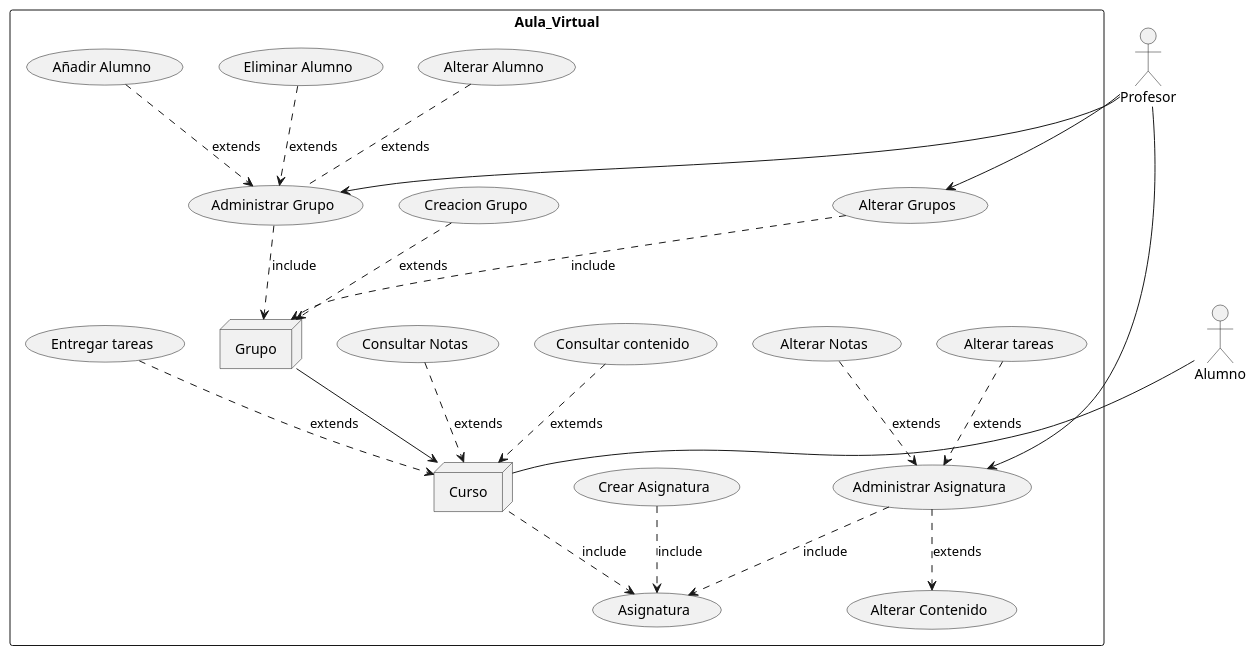
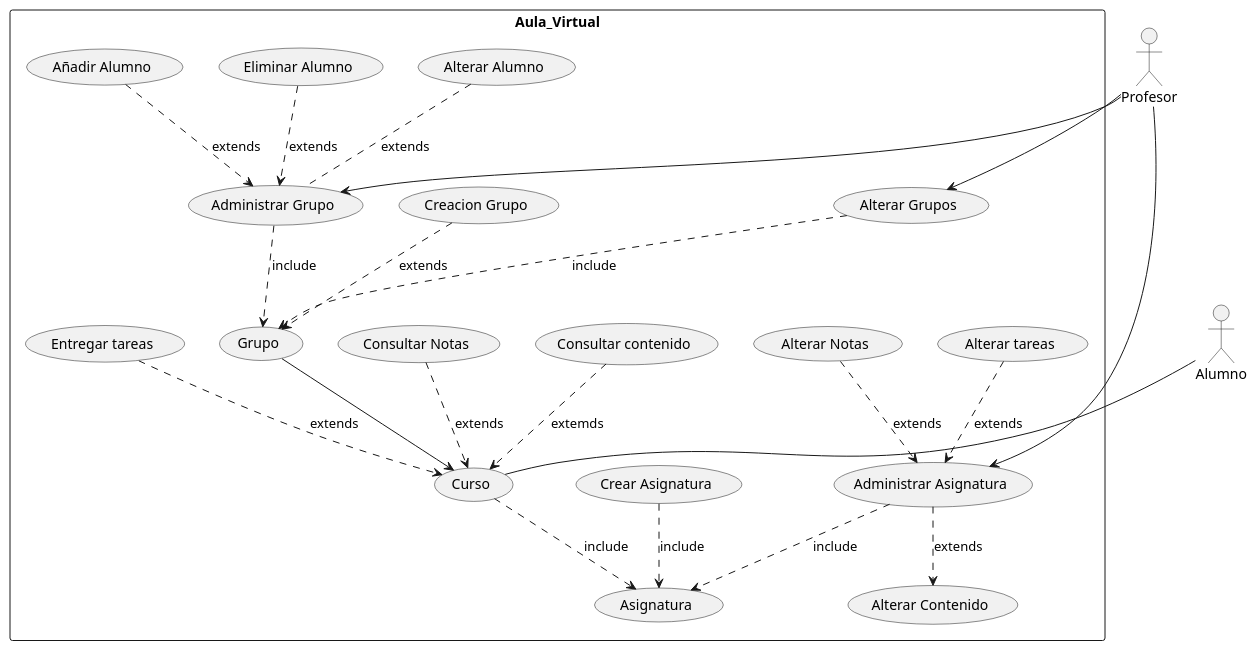
One commit to AlonsoViBa/PUML changed the diagram in Ej02.puml. Above: the diagram before and after it, drawn with PlantUML. The commit also changed 2 other files, not shown here.

```diff
--- a/Ej02.puml
+++ b/Ej02.puml
@@ -1,39 +1,37 @@
 @startuml EJ 2
 
 skinparam packageStyle rectangle
 
-
 actor Profesor
-
 actor Alumno
 
 rectangle Aula_Virtual{
-    node Curso
-    node Grupo
+    (Curso)
+    (Grupo)
 
     Profesor --> (Administrar Asignatura)
     Profesor --> (Administrar Grupo)
 
     (Crear Asignatura) ..> (Asignatura) : include
     (Administrar Asignatura) ..> (Asignatura) : include
     (Administrar Asignatura) ..> (Alterar Contenido) : extends
     (Alterar tareas) ..> (Administrar Asignatura) : extends
     (Alterar Notas) ..> (Administrar Asignatura) : extends
     
     Profesor --> (Alterar Grupos)
     (Grupo) --> (Curso) 
     (Alterar Grupos) ..> (Grupo) : include
     (Administrar Grupo) ..> (Grupo) : include
     (Creacion Grupo) ..> (Grupo) : extends
     
     Alumno -- (Curso)
     (Alterar Alumno) .. (Administrar Grupo) : extends
     (Eliminar Alumno) ..> (Administrar Grupo) : extends
     (Añadir Alumno) ..> (Administrar Grupo) : extends
     
     (Curso) ..> (Asignatura) : include
     (Entregar tareas) ..> (Curso) : extends
     (Consultar contenido) ..> (Curso) : extemds
     (Consultar Notas) ..> (Curso) : extends
 }
 @enduml
```
